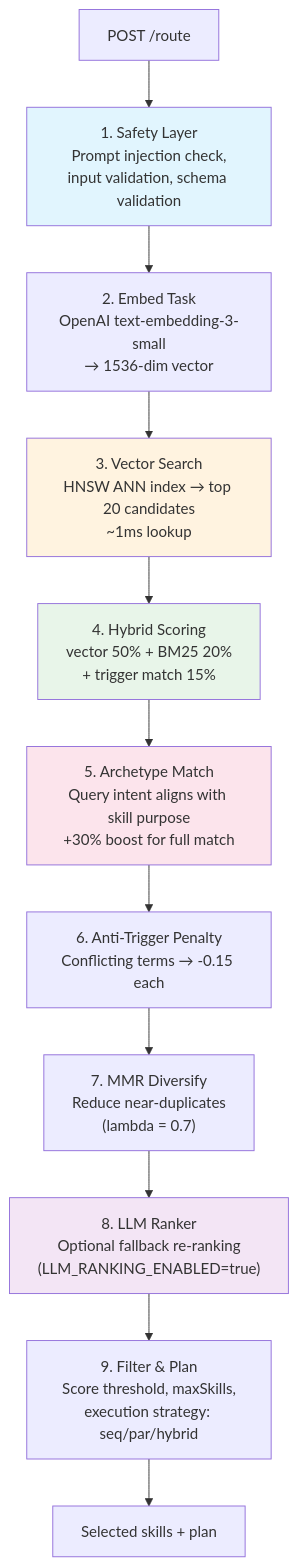
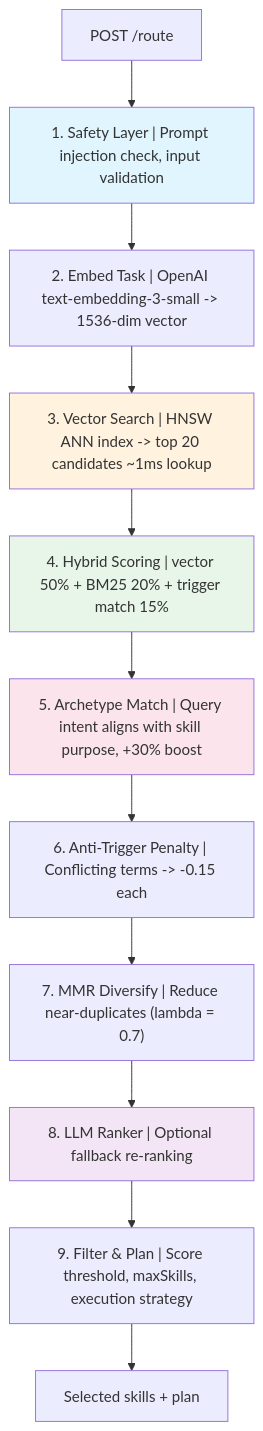
The first of 2 diagrams in docs/api-walkthrough.md (paulpas/agent-skill-router), drawn with Mermaid before and after one commit. The commit also changed other lines of this file and 7 other files, not shown here.

````diff
--- a/docs/api-walkthrough.md
+++ b/docs/api-walkthrough.md
@@ -239,19 +231,19 @@
 ```mermaid
 flowchart TD
-    A["POST /route"] --> B["1. Safety Layer<br/>Prompt injection check,<br/>input validation, schema validation"]
-    B --> C["2. Embed Task<br/>OpenAI text-embedding-3-small<br/>→ 1536-dim vector"]
-    C --> D["3. Vector Search<br/>HNSW ANN index → top 20 candidates<br/>~1ms lookup"]
-    D --> E["4. Hybrid Scoring<br/>vector 50% + BM25 20%<br/>+ trigger match 15%"]
-    E --> F["5. Archetype Match<br/>Query intent aligns with skill purpose<br/>+30% boost for full match"]
-    F --> G["6. Anti-Trigger Penalty<br/>Conflicting terms → -0.15 each"]
-    G --> H["7. MMR Diversify<br/>Reduce near-duplicates<br/>(lambda = 0.7)"]
-    H --> I["8. LLM Ranker<br/>Optional fallback re-ranking<br/>(LLM_RANKING_ENABLED=true)"]
-    I --> J["9. Filter & Plan<br/>Score threshold, maxSkills,<br/>execution strategy: seq/par/hybrid"]
+    A["POST /route"] --> B["1. Safety Layer | Prompt injection check, input validation"]
+    B --> C["2. Embed Task | OpenAI text-embedding-3-small -> 1536-dim vector"]
+    C --> D["3. Vector Search | HNSW ANN index -> top 20 candidates ~1ms lookup"]
+    D --> E["4. Hybrid Scoring | vector 50% + BM25 20% + trigger match 15%"]
+    E --> F["5. Archetype Match | Query intent aligns with skill purpose, +30% boost"]
+    F --> G["6. Anti-Trigger Penalty | Conflicting terms -> -0.15 each"]
+    G --> H["7. MMR Diversify | Reduce near-duplicates (lambda = 0.7)"]
+    H --> I["8. LLM Ranker | Optional fallback re-ranking"]
+    I --> J["9. Filter & Plan | Score threshold, maxSkills, execution strategy"]
     J --> K["Selected skills + plan"]
 
     style B fill:#e1f5fe
     style D fill:#fff3e0
     style E fill:#e8f5e9
     style F fill:#fce4ec
     style I fill:#f3e5f5
 ```
````
